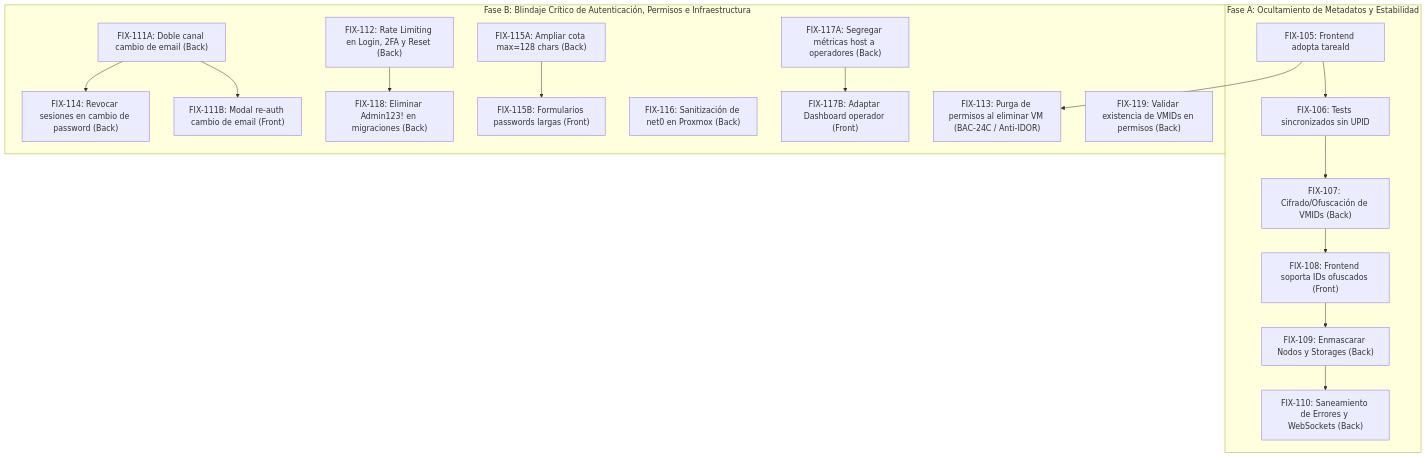
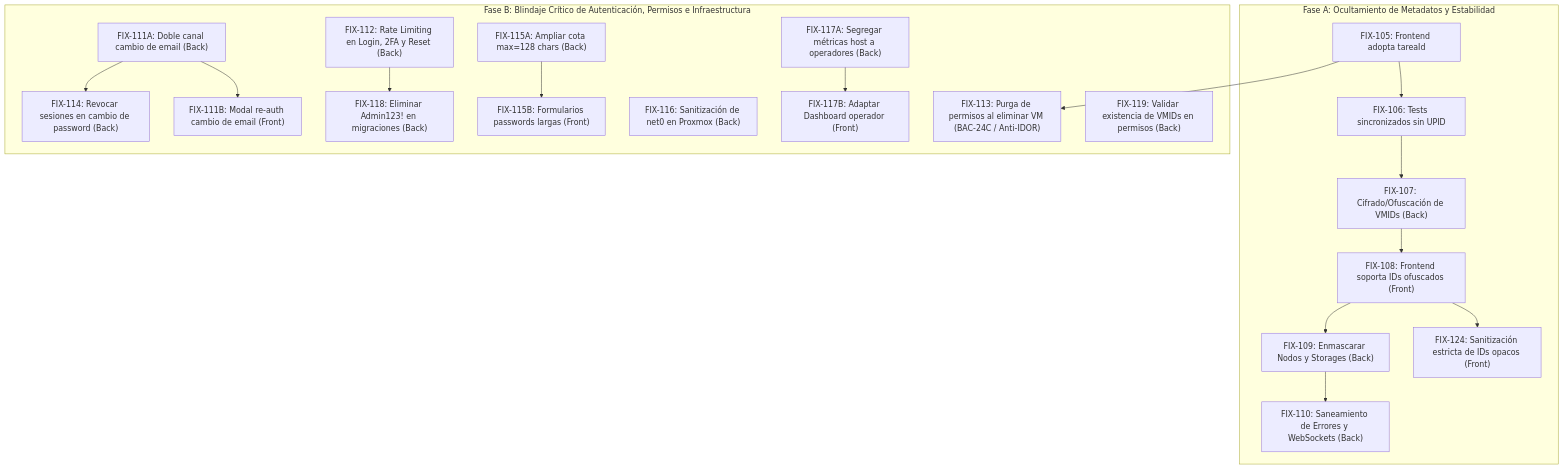
One commit to micaelaalvaradomendez/centinela changed the diagram in documentacion/futuro2.md. Above: the diagram before and after it, drawn with Mermaid. The commit also changed other lines of this file and 3 other files, not shown here.

````diff
--- a/documentacion/futuro2.md
+++ b/documentacion/futuro2.md
@@ -81,26 +130,27 @@
 ```mermaid
 flowchart TD
     subgraph FaseA["Fase A: Ocultamiento de Metadatos y Estabilidad"]
         FIX105["FIX-105: Frontend adopta tareaId"] --> FIX106["FIX-106: Tests sincronizados sin UPID"]
         FIX106 --> FIX107["FIX-107: Cifrado/Ofuscación de VMIDs (Back)"]
         FIX107 --> FIX108["FIX-108: Frontend soporta IDs ofuscados (Front)"]
+        FIX108 --> FIX124["FIX-124: Sanitización estricta de IDs opacos (Front)"]
         FIX108 --> FIX109["FIX-109: Enmascarar Nodos y Storages (Back)"]
         FIX109 --> FIX110["FIX-110: Saneamiento de Errores y WebSockets (Back)"]
     end
 
     subgraph FaseB["Fase B: Blindaje Crítico de Autenticación, Permisos e Infraestructura"]
         FIX111A["FIX-111A: Doble canal cambio de email (Back)"] --> FIX111B["FIX-111B: Modal re-auth cambio de email (Front)"]
         FIX112["FIX-112: Rate Limiting en Login, 2FA y Reset (Back)"]
         FIX113["FIX-113: Purga de permisos al eliminar VM (BAC-24C / Anti-IDOR)"]
         FIX114["FIX-114: Revocar sesiones en cambio de password (Back)"]
         FIX115A["FIX-115A: Ampliar cota max=128 chars (Back)"] --> FIX115B["FIX-115B: Formularios passwords largas (Front)"]
         FIX116["FIX-116: Sanitización de net0 en Proxmox (Back)"]
         FIX117A["FIX-117A: Segregar métricas host a operadores (Back)"] --> FIX117B["FIX-117B: Adaptar Dashboard operador (Front)"]
         FIX118["FIX-118: Eliminar Admin123! en migraciones (Back)"]
         FIX119["FIX-119: Validar existencia de VMIDs en permisos (Back)"]
     end
 
     FIX105 --> FIX113
     FIX111A --> FIX114
     FIX112 --> FIX118
 ```
````
